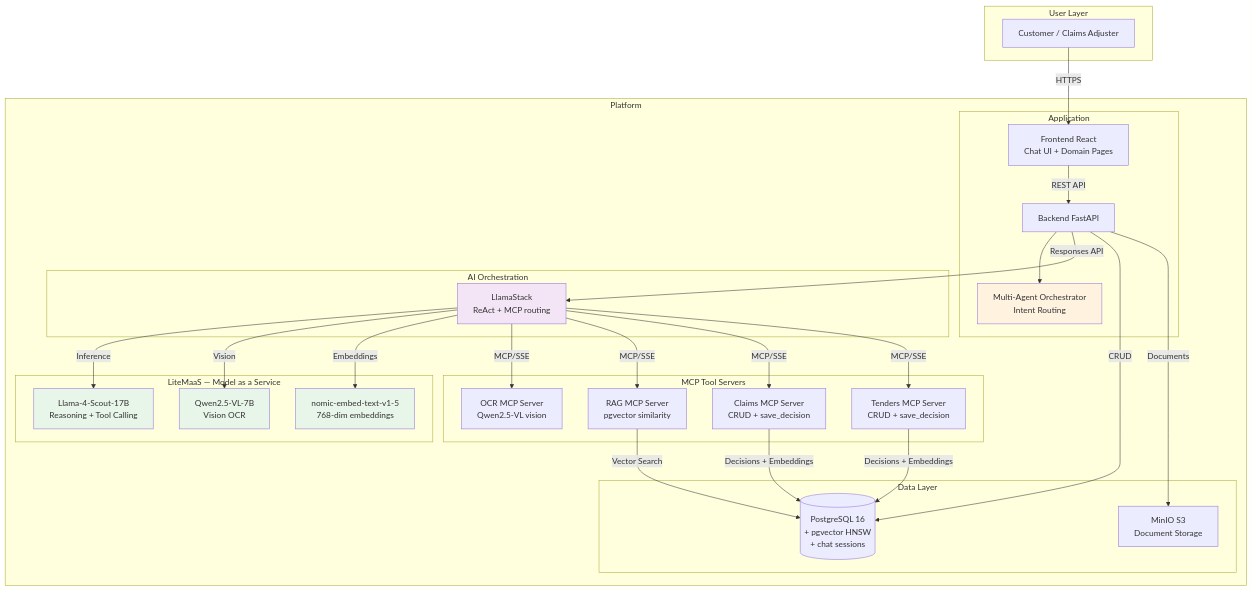
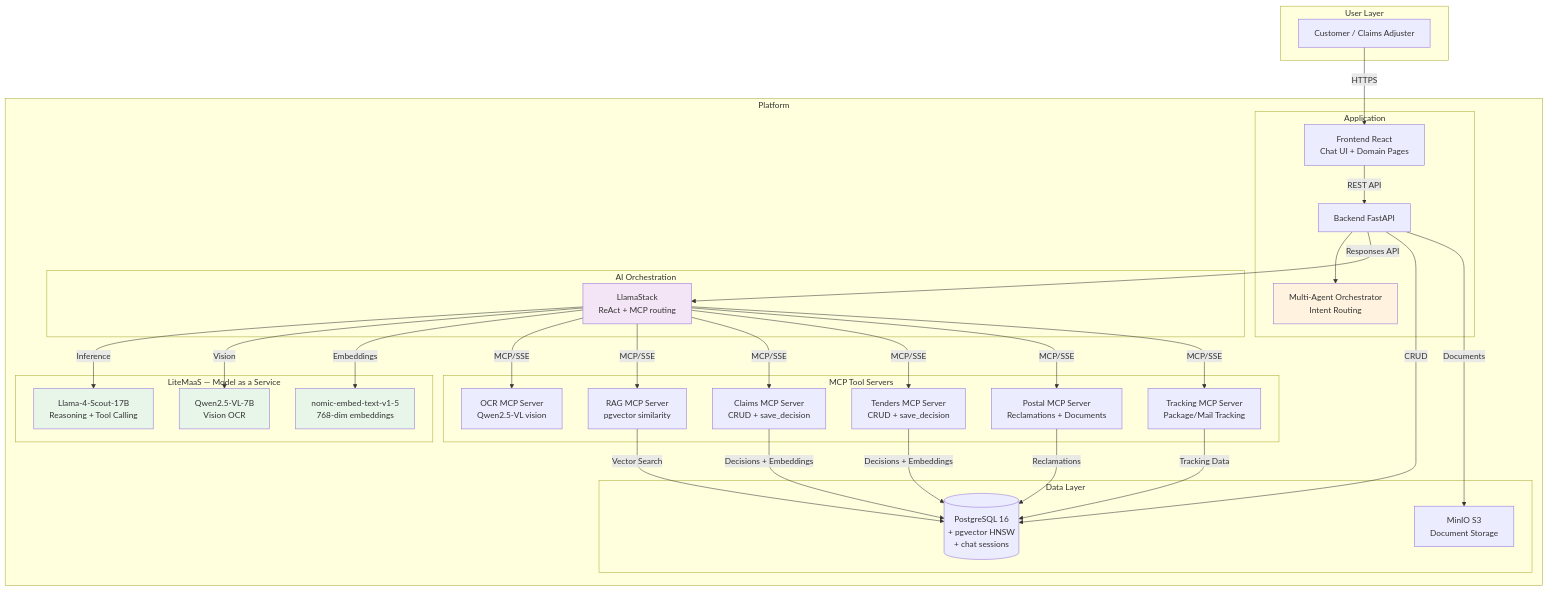
Before and after one commit to mouachan/multi-agents: the diagram in README.md, drawn with Mermaid. The commit also changed other lines of this file and 187 other files, not shown here.

````diff
--- a/README.md
+++ b/README.md
@@ -136,59 +148,65 @@
 ```mermaid
 graph TB
     subgraph "User Layer"
         U["Customer / Claims Adjuster"]
     end
 
     subgraph "Platform"
         subgraph "Application"
             F["Frontend React<br/>Chat UI + Domain Pages"]
             B["Backend FastAPI"]
             ORCH["Multi-Agent Orchestrator<br/>Intent Routing"]
         end
 
         subgraph "AI Orchestration"
             LS["LlamaStack<br/>ReAct + MCP routing"]
         end
 
         subgraph "LiteMaaS — Model as a Service"
             LLM["Llama-4-Scout-17B<br/>Reasoning + Tool Calling"]
             VIS["Qwen2.5-VL-7B<br/>Vision OCR"]
             EMB["nomic-embed-text-v1-5<br/>768-dim embeddings"]
         end
 
         subgraph "MCP Tool Servers"
             OCR["OCR MCP Server<br/>Qwen2.5-VL vision"]
             RAG["RAG MCP Server<br/>pgvector similarity"]
             CLAIMS_MCP["Claims MCP Server<br/>CRUD + save_decision"]
             TENDERS_MCP["Tenders MCP Server<br/>CRUD + save_decision"]
+            POSTAL_MCP["Postal MCP Server<br/>Reclamations + Documents"]
+            TRACKING_MCP["Tracking MCP Server<br/>Package/Mail Tracking"]
         end
 
         subgraph "Data Layer"
             DB[("PostgreSQL 16<br/>+ pgvector HNSW<br/>+ chat sessions")]
             S3["MinIO S3<br/>Document Storage"]
         end
     end
 
     U -->|HTTPS| F
     F -->|REST API| B
     B --> ORCH
     B -->|Responses API| LS
     LS -->|Inference| LLM
     LS -->|Vision| VIS
     LS -->|Embeddings| EMB
     LS -->|MCP/SSE| OCR
     LS -->|MCP/SSE| RAG
     LS -->|MCP/SSE| CLAIMS_MCP
     LS -->|MCP/SSE| TENDERS_MCP
+    LS -->|MCP/SSE| POSTAL_MCP
+    LS -->|MCP/SSE| TRACKING_MCP
     RAG -->|Vector Search| DB
     B -->|CRUD| DB
     B -->|Documents| S3
     CLAIMS_MCP -->|Decisions + Embeddings| DB
     TENDERS_MCP -->|Decisions + Embeddings| DB
+    POSTAL_MCP -->|Reclamations| DB
+    TRACKING_MCP -->|Tracking Data| DB
 
     style LS fill:#f3e5f5
     style LLM fill:#e8f5e9
     style VIS fill:#e8f5e9
     style EMB fill:#e8f5e9
     style ORCH fill:#fff3e0
 ```
````
